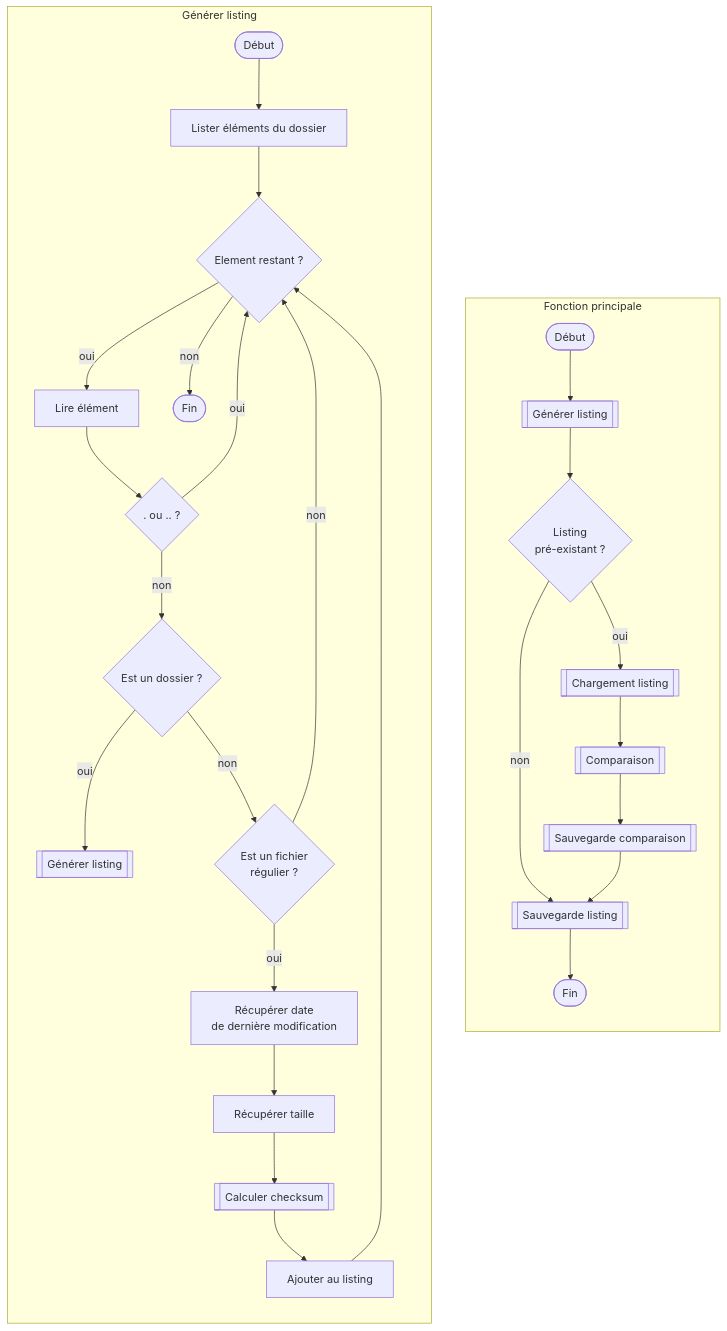
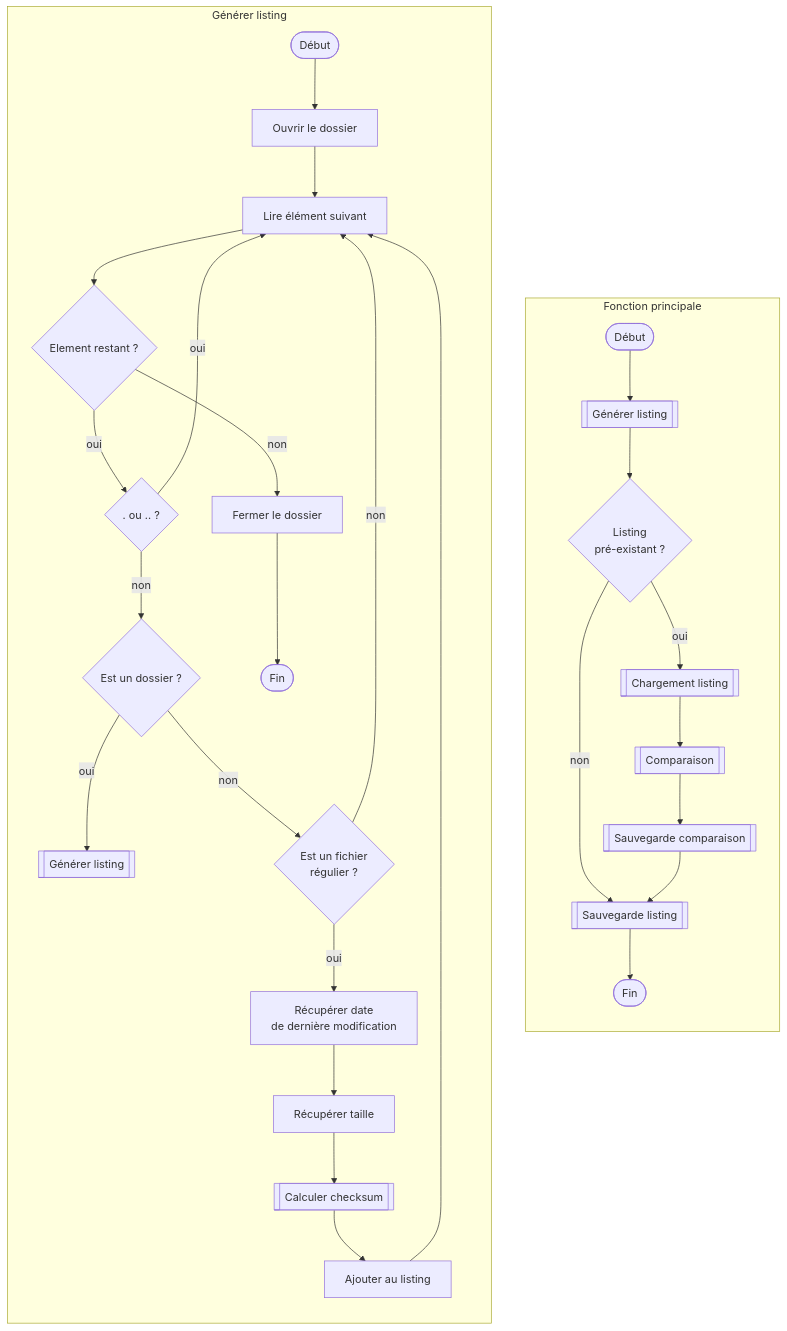
One commit to bts-ciel-immac-laval/bts-ciel-immac-laval.github.io changed the diagram in docs/bts-1/81-structures.md. Above: the diagram before and after it, drawn with Mermaid.

````diff
--- a/docs/bts-1/81-structures.md
+++ b/docs/bts-1/81-structures.md
@@ -265,56 +265,58 @@
 ``` mermaid
 flowchart TB
  subgraph main["Fonction principale"]
     direction TB
         a1[["Générer listing"]]
         astart(["Début"])
         c1{"Listing
     pré-existant ?"}
         a5[["Chargement listing"]]
         a4[["Sauvegarde listing"]]
         a2[["Comparaison"]]
         a3[["Sauvegarde comparaison"]]
         aend(["Fin"])
   end
  subgraph genererListing["Générer listing"]
     direction TB
         bstart(["Début"])
-        b1["Lister éléments du dossier"]
+        b1["Ouvrir le dossier"]
+        b10["Lire élément suivant"]
         b11{"Element restant ?"}
-        b10["Lire élément"]
         b2{". ou .. ?"}
         b3{"Est un dossier ?"}
         b4["Récupérer date 
         de dernière modification"]
         b0[["Générer listing"]]
         b5{"Est un fichier 
         régulier ?"}
         b6["Récupérer taille"]
         b7[["Calculer checksum"]]
         b8["Ajouter au listing"]
+        b9["Fermer le dossier"]
         bend(["Fin"])
   end
     astart --> a1
     a1 --> c1
     c1 -- oui --> a5
     c1 -- non --> a4
     a5 --> a2
     a2 --> a3
     a3 --> a4
     a4 --> aend
     bstart --> b1
-    b1 --> b11
-    b11 -- oui --> b10
-    b11 -- non --> bend
-    b10 --> b2
-    b2 -- oui --> b11
+    b1 --> b10
+    b11 -- oui --> b2
+    b11 -- non --> b9
+    b10 --> b11
+    b2 -- oui --> b10
     b2 -- non --> b3
     b3 -- oui --> b0
     b3 -- non --> b5
     b5 -- oui --> b4
-    b5 -- non --> b11
+    b5 -- non --> b10
     b4 --> b6
     b6 --> b7
     b7 --> b8
-    b8 --> b11
+    b8 --> b10
+    b9 --> bend
 ```
````
